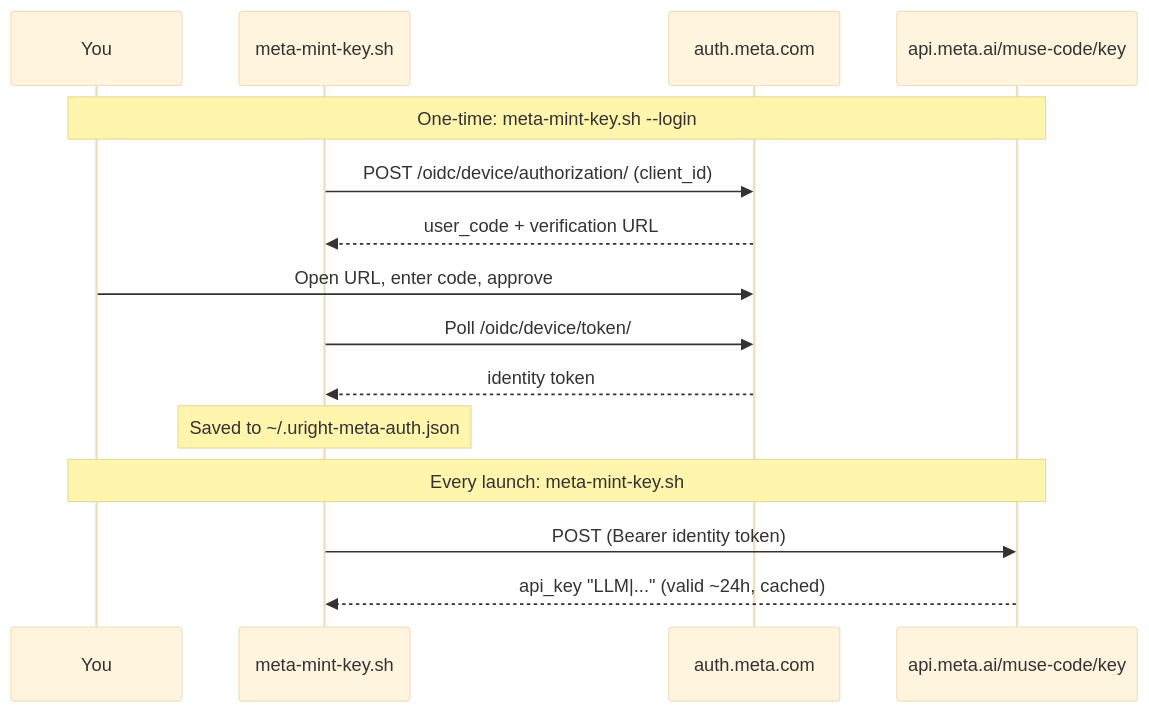
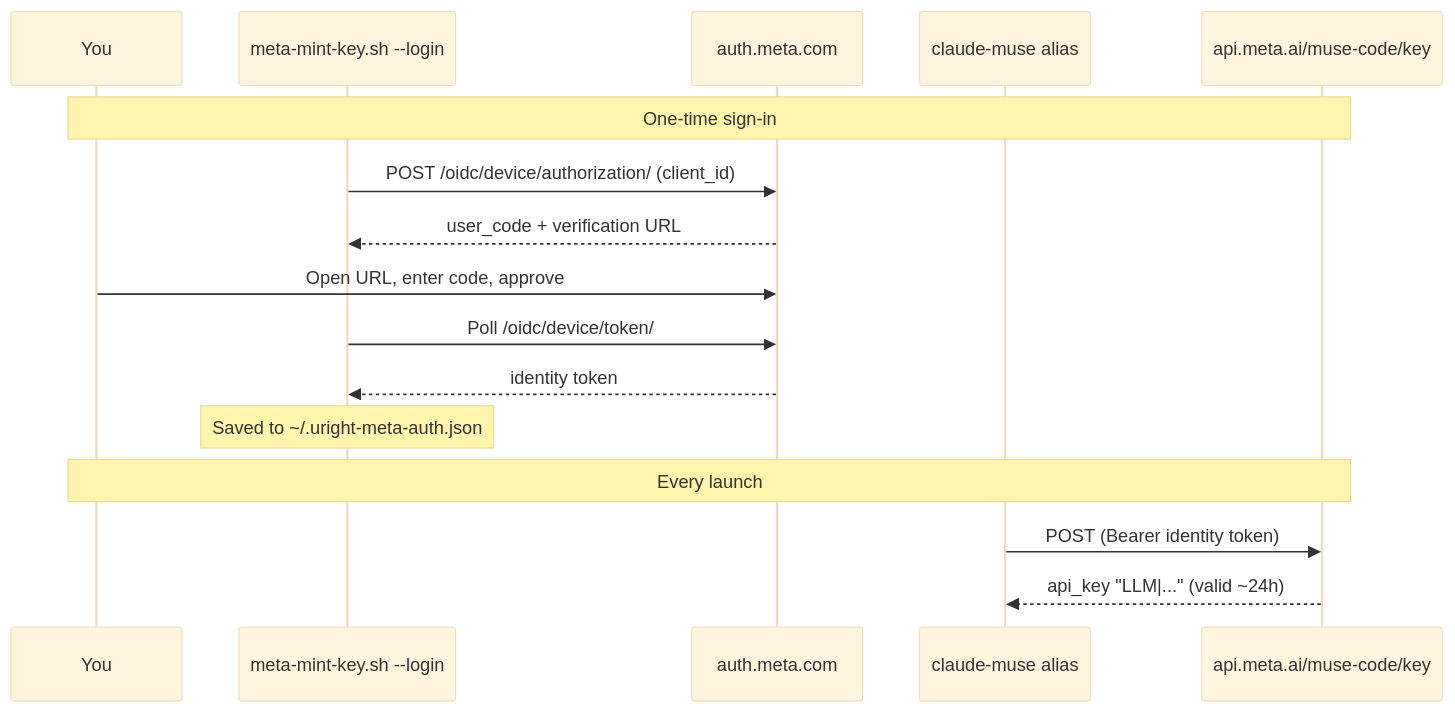
One commit to uright/uright.github.io changed the diagram in _posts/2026-09-27-using-claude-code-with-muse-spark-subscription.md. Above: the diagram before and after it, drawn with Mermaid (base theme). The commit also changed other lines of this file and 1 other file, not shown here.

Commit message:
Updated latest post

````diff
--- a/_posts/2026-09-27-using-claude-code-with-muse-spark-subscription.md
+++ b/_posts/2026-09-27-using-claude-code-with-muse-spark-subscription.md
@@ -42,18 +43,19 @@
 ```mermaid
 sequenceDiagram
     participant U as You
-    participant S as meta-mint-key.sh
+    participant S as meta-mint-key.sh --login
     participant A as auth.meta.com
+    participant C as claude-muse alias
     participant K as api.meta.ai/muse-code/key
 
-    Note over U,K: One-time: meta-mint-key.sh --login
+    Note over U,K: One-time sign-in
     S->>A: POST /oidc/device/authorization/ (client_id)
     A-->>S: user_code + verification URL
     U->>A: Open URL, enter code, approve
     S->>A: Poll /oidc/device/token/
     A-->>S: identity token
     Note over S: Saved to ~/.uright-meta-auth.json
-    Note over U,K: Every launch: meta-mint-key.sh
-    S->>K: POST (Bearer identity token)
-    K-->>S: api_key "LLM|..." (valid ~24h, cached)
+    Note over U,K: Every launch
+    C->>K: POST (Bearer identity token)
+    K-->>C: api_key "LLM|..." (valid ~24h)
 ```
````
